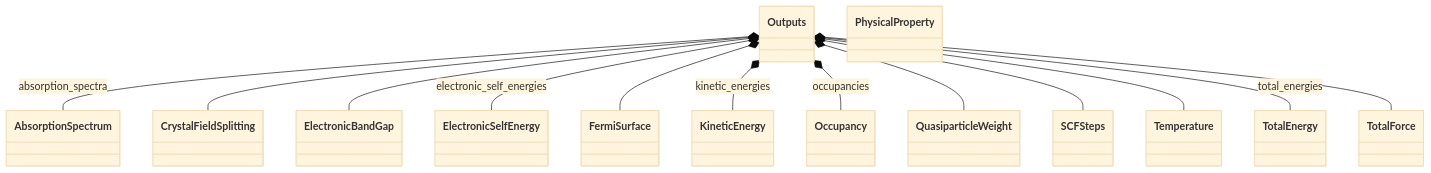
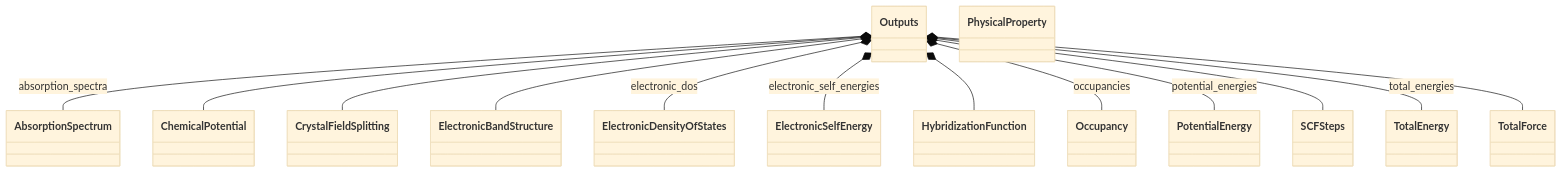
Before and after one commit to FAIRmat-NFDI/nomad-simulations: the first of 2 diagrams in docs/schema/outputs.diagram.md, drawn with Mermaid (base theme). The commit also changed 33 other files, not shown here.

````diff
--- a/docs/schema/outputs.diagram.md
+++ b/docs/schema/outputs.diagram.md
@@ -14,43 +14,43 @@
 ```mermaid
 classDiagram
     class AbsorptionSpectrum {
     }
+    class ChemicalPotential {
+    }
     class CrystalFieldSplitting {
     }
-    class ElectronicBandGap {
+    class ElectronicBandStructure {
+    }
+    class ElectronicDensityOfStates {
     }
     class ElectronicSelfEnergy {
     }
-    class FermiSurface {
-    }
-    class KineticEnergy {
+    class HybridizationFunction {
     }
     class Occupancy {
     }
     class Outputs {
     }
     class PhysicalProperty {
     }
-    class QuasiparticleWeight {
+    class PotentialEnergy {
     }
     class SCFSteps {
-    }
-    class Temperature {
     }
     class TotalEnergy {
     }
     class TotalForce {
     }
     Outputs *-- AbsorptionSpectrum : absorption_spectra
+    Outputs *-- ChemicalPotential
     Outputs *-- CrystalFieldSplitting
-    Outputs *-- ElectronicBandGap
+    Outputs *-- ElectronicBandStructure
+    Outputs *-- ElectronicDensityOfStates : electronic_dos
     Outputs *-- ElectronicSelfEnergy : electronic_self_energies
-    Outputs *-- FermiSurface
-    Outputs *-- KineticEnergy : kinetic_energies
+    Outputs *-- HybridizationFunction
     Outputs *-- Occupancy : occupancies
-    Outputs *-- QuasiparticleWeight
+    Outputs *-- PotentialEnergy : potential_energies
     Outputs *-- SCFSteps
-    Outputs *-- Temperature
     Outputs *-- TotalEnergy : total_energies
     Outputs *-- TotalForce
 ```
````
